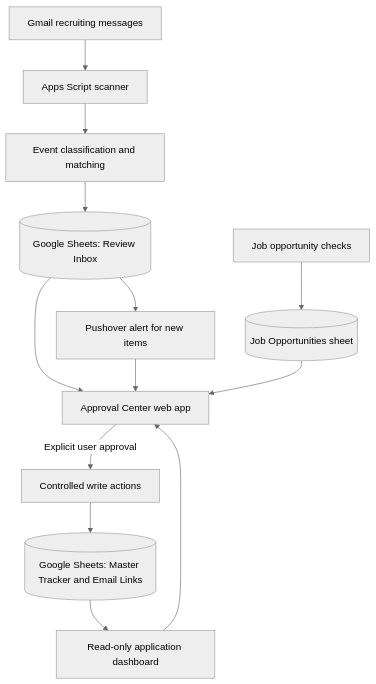
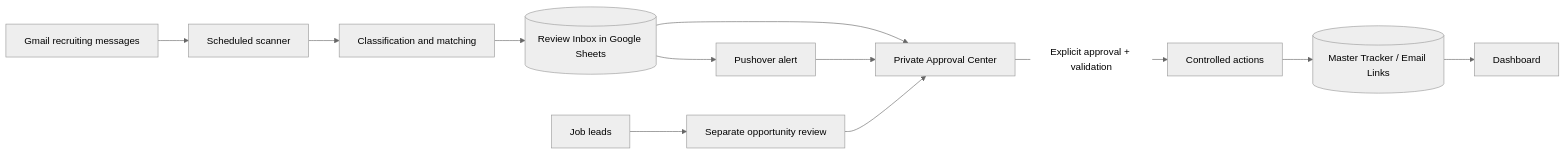
Before and after one commit to jonegert/job-application-tracker-showcase: the diagram in README.md, drawn with Mermaid (neutral theme). The commit also changed other lines of this file and 7 other files, not shown here.

````diff
--- a/README.md
+++ b/README.md
@@ -31,15 +41,14 @@
-```mermaid
-flowchart TD
-    A[Gmail recruiting messages] --> B[Apps Script scanner]
-    B --> C[Event classification and matching]
-    C --> D[(Google Sheets: Review Inbox)]
-    D --> E[Approval Center web app]
-    D --> F[Pushover alert for new items]
-    F --> E
-    E -->|Explicit user approval| G[Controlled write actions]
-    G --> H[(Google Sheets: Master Tracker and Email Links)]
-    H --> I[Read-only application dashboard]
-    I --> E
-    J[Job opportunity checks] --> K[(Job Opportunities sheet)]
-    K --> E
-```
+~~~mermaid
+flowchart LR
+  A[Gmail recruiting messages] --> B[Scheduled scanner]
+  B --> C[Classification and matching]
+  C --> D[(Review Inbox in Google Sheets)]
+  D --> E[Private Approval Center]
+  D --> F[Pushover alert]
+  F --> E
+  E -->|Explicit approval + validation| G[Controlled actions]
+  G --> H[(Master Tracker / Email Links)]
+  H --> I[Dashboard]
+  J[Job leads] --> K[Separate opportunity review]
+  K --> E
+~~~
````
